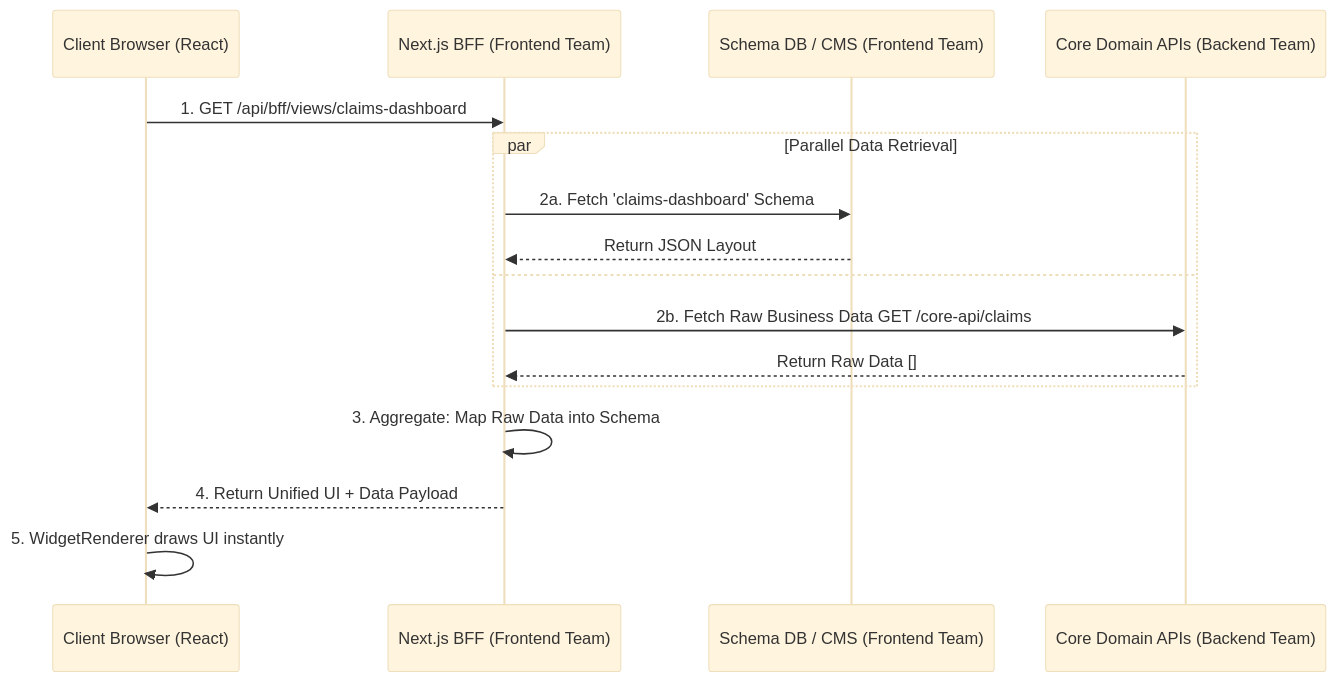
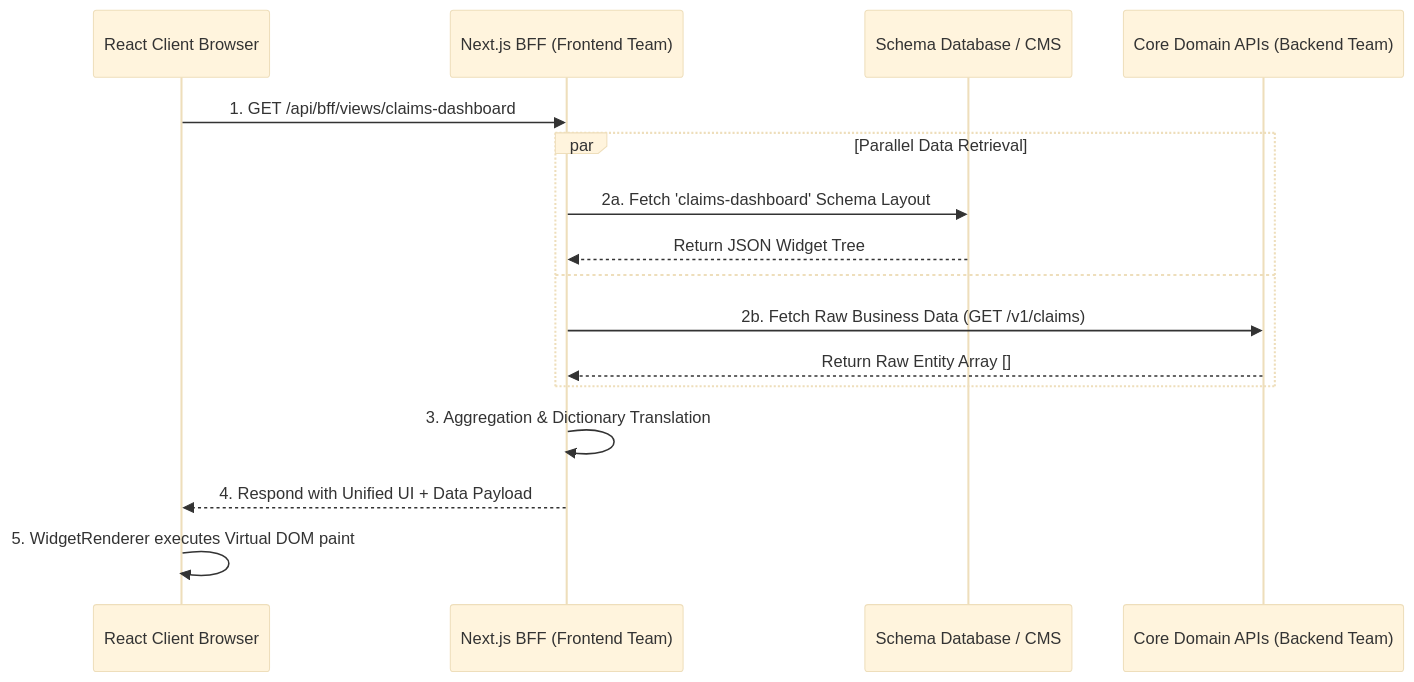
Before and after one commit to saba-2103/group-quotation: the diagram in docs/ServerDrivenUI_BFF_Architecture.md, drawn with Mermaid (base theme). The commit also changed other lines of this file, not shown here.

````diff
--- a/docs/ServerDrivenUI_BFF_Architecture.md
+++ b/docs/ServerDrivenUI_BFF_Architecture.md
@@ -27,21 +31,21 @@
 ```mermaid
 sequenceDiagram
-    participant Browser as Client Browser (React)
+    participant Browser as React Client Browser
     participant BFF as Next.js BFF (Frontend Team)
-    participant SchemaDB as Schema DB / CMS (Frontend Team)
+    participant SchemaDB as Schema Database / CMS
     participant CoreAPI as Core Domain APIs (Backend Team)
 
     Browser->>BFF: 1. GET /api/bff/views/claims-dashboard
     
     par Parallel Data Retrieval
-        BFF->>SchemaDB: 2a. Fetch 'claims-dashboard' Schema
-        SchemaDB-->>BFF: Return JSON Layout
+        BFF->>SchemaDB: 2a. Fetch 'claims-dashboard' Schema Layout
+        SchemaDB-->>BFF: Return JSON Widget Tree
     and
-        BFF->>CoreAPI: 2b. Fetch Raw Business Data GET /core-api/claims
-        CoreAPI-->>BFF: Return Raw Data []
+        BFF->>CoreAPI: 2b. Fetch Raw Business Data (GET /v1/claims)
+        CoreAPI-->>BFF: Return Raw Entity Array []
     end
 
-    BFF->>BFF: 3. Aggregate: Map Raw Data into Schema
-    BFF-->>Browser: 4. Return Unified UI + Data Payload
-    Browser->>Browser: 5. WidgetRenderer draws UI instantly
+    BFF->>BFF: 3. Aggregation & Dictionary Translation
+    BFF-->>Browser: 4. Respond with Unified UI + Data Payload
+    Browser->>Browser: 5. WidgetRenderer executes Virtual DOM paint
 ```
````
